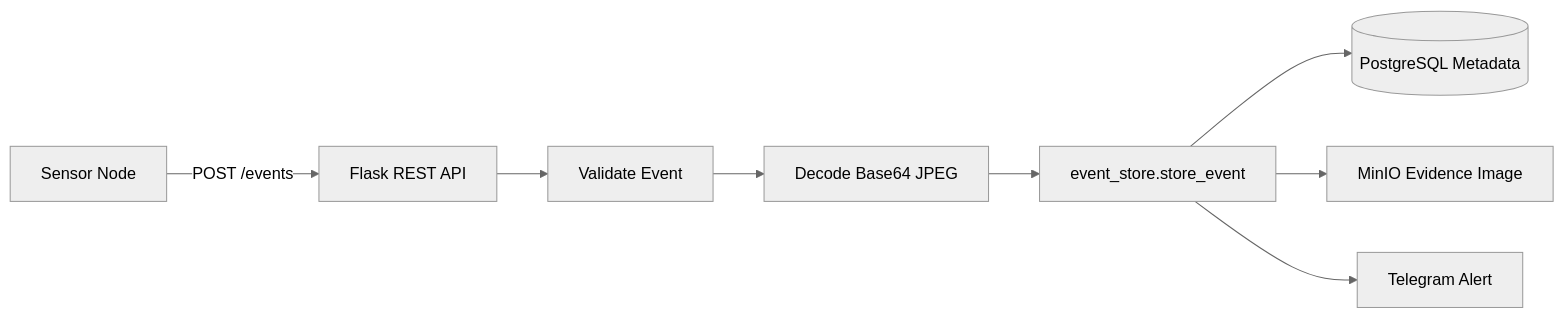
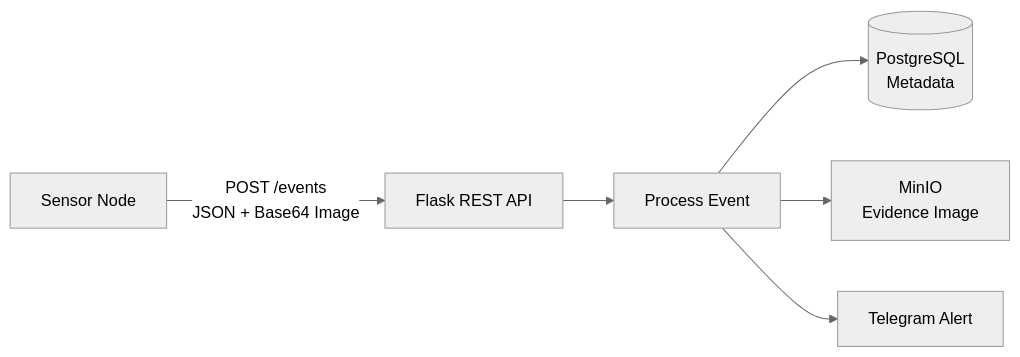
Before and after one commit to azazmuzaffar/Newlauncher-5.0: the third of 6 diagrams in task7-backend-documentation.md, drawn with Mermaid (neutral theme).

````diff
--- a/task7-backend-documentation.md
+++ b/task7-backend-documentation.md
@@ -129,10 +129,8 @@
 ```mermaid
 flowchart LR
-    A[Sensor Node] -->|POST /events| B[Flask REST API]
-    B --> C[Validate Event]
-    C --> D[Decode Base64 JPEG]
-    D --> E[event_store.store_event]
-    E --> F[(PostgreSQL Metadata)]
-    E --> G[MinIO Evidence Image]
-    E --> H[Telegram Alert]
+    A[Sensor Node] -->|POST /events<br/>JSON + Base64 Image| B[Flask REST API]
+    B --> C[Process Event]
+    C --> D[(PostgreSQL<br/>Metadata)]
+    C --> E[MinIO<br/>Evidence Image]
+    C --> F[Telegram Alert]
 ```
````
